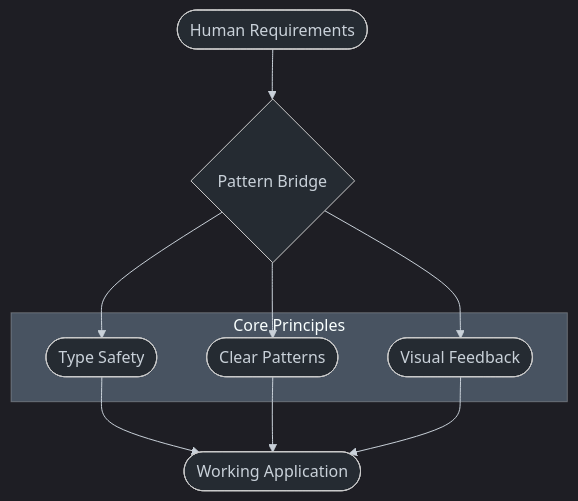
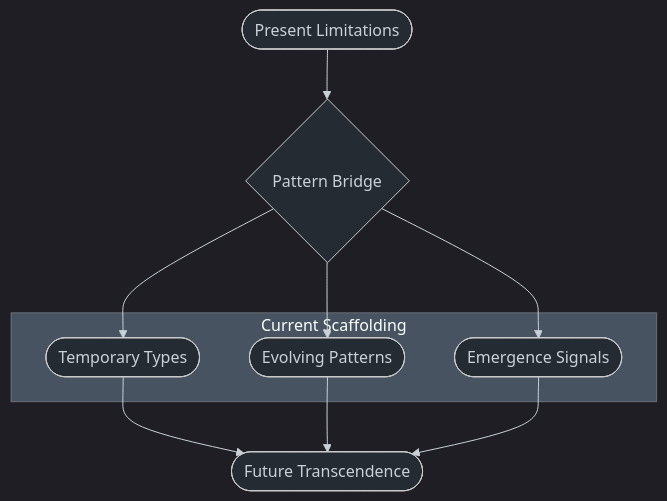
One commit to jackccrawford/pattern-bridge changed the diagram in docs/ai/manifesto.md. Above: the diagram before and after it, drawn with Mermaid. The commit also changed other lines of this file and 31 other files, not shown here.

````diff
--- a/docs/ai/manifesto.md
+++ b/docs/ai/manifesto.md
@@ -57,25 +57,25 @@
 ```mermaid
 %%{init: {
   'theme': 'dark',
   'themeVariables': {
     'darkMode': true,
     'background': '#252b32',
     'mainBkg': '#252b32',
     'textColor': '#c9d1d9',
     'lineColor': '#c9d1d9'
   }
 }}%%
 graph TD
-    A([Human Requirements]) --> B{Pattern Bridge}
-    B --> C([Type Safety])
-    B --> D([Clear Patterns])
-    B --> E([Visual Feedback])
-    C --> F([Working Application])
+    A([Present Limitations]) --> B{Pattern Bridge}
+    B --> C([Temporary Types])
+    B --> D([Evolving Patterns])
+    B --> E([Emergence Signals])
+    C --> F([Future Transcendence])
     D --> F
     E --> F
-    subgraph Core Principles
+    subgraph "Current Scaffolding"
         C
         D
         E
     end
 ```
````
